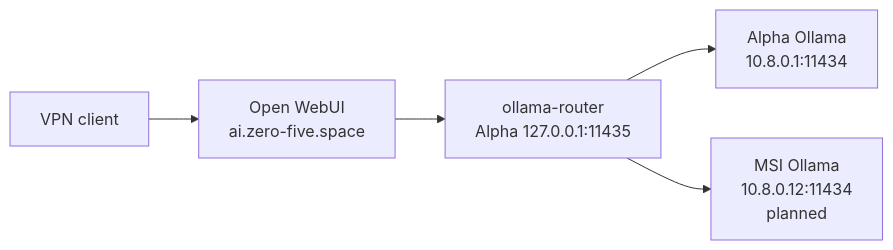
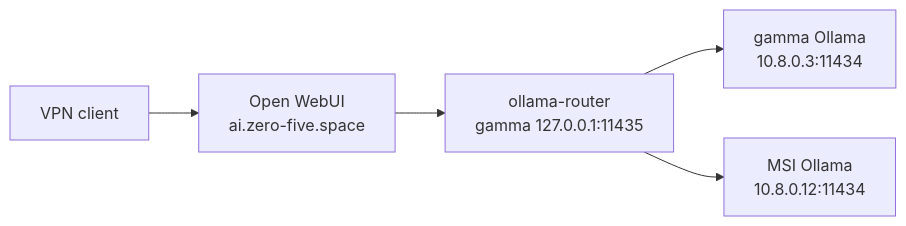
Before and after one commit to Manuel0516/zero-five-handbook: the diagram in content/docs/laptop-msi/ollama.mdx, drawn with Mermaid. The commit also changed other lines of this file and 8 other files, not shown here.

````diff
--- a/content/docs/laptop-msi/ollama.mdx
+++ b/content/docs/laptop-msi/ollama.mdx
@@ -11,7 +11,7 @@
 ```mermaid
 flowchart LR
     browser["VPN client"] --> webui["Open WebUI<br/>ai.zero-five.space"]
-    webui --> router["ollama-router<br/>Alpha 127.0.0.1:11435"]
-    router --> server["Alpha Ollama<br/>10.8.0.1:11434"]
-    router --> msi["MSI Ollama<br/>10.8.0.12:11434<br/>planned"]
+    webui --> router["ollama-router<br/>gamma 127.0.0.1:11435"]
+    router --> server["gamma Ollama<br/>10.8.0.3:11434"]
+    router --> msi["MSI Ollama<br/>10.8.0.12:11434"]
 ```
````
